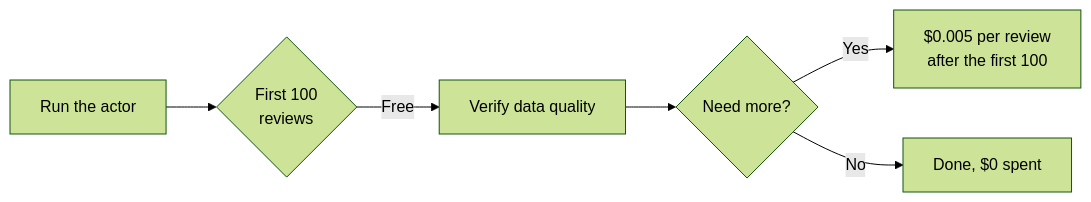
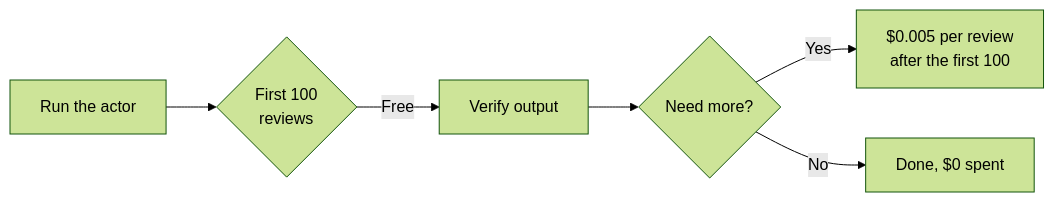
One commit to Ken-Mutisya/scrapemint changed the third of 6 diagrams in actors/trustpilot-brand-reputation/README.md. Above: the diagram before and after it, drawn with Mermaid (forest theme). The commit also changed other lines of this file, not shown here.

First line of the commit message:
Rewrite Trustpilot README for SEO with use case diagrams

````diff
--- a/actors/trustpilot-brand-reputation/README.md
+++ b/actors/trustpilot-brand-reputation/README.md
@@ -127,8 +126,8 @@
 ```mermaid
 flowchart LR
     A[Run the actor] --> B{First 100<br/>reviews}
-    B -->|Free| C[Verify data quality]
+    B -->|Free| C[Verify output]
     C --> D{Need more?}
     D -->|Yes| E[$0.005 per review<br/>after the first 100]
     D -->|No| F[Done, $0 spent]
 ```
````
